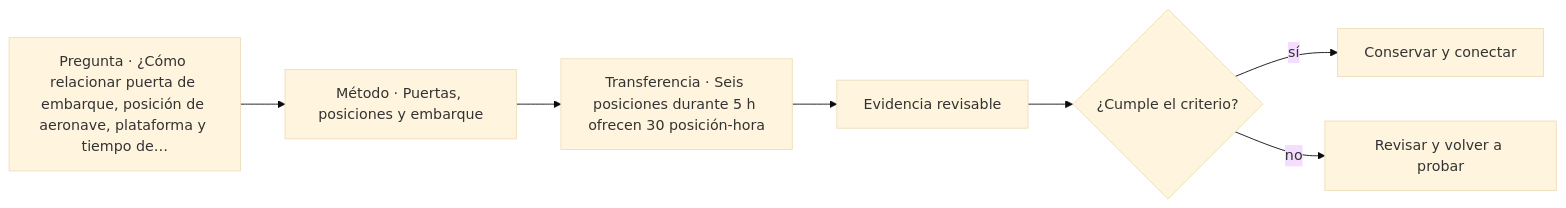
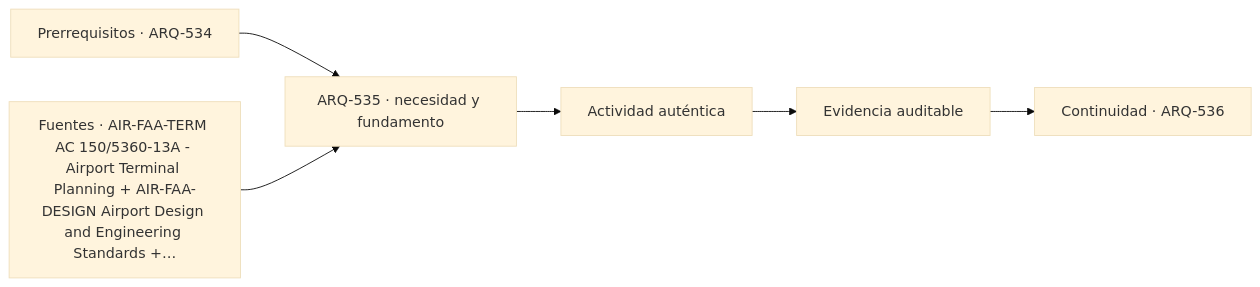
Before and after one commit to vladimiracunadev-create/architecture-built-environment-learning-program: the diagram in classes/parte-54/ARQ-535.md, drawn with Mermaid (base theme). The commit also changed other lines of this file and 761 other files, not shown here.

````diff
--- a/classes/parte-54/ARQ-535.md
+++ b/classes/parte-54/ARQ-535.md
@@ -91,9 +103,8 @@
 ```mermaid
 flowchart LR
-    Q["Pregunta · ¿Cómo relacionar puerta de embarque, posición de aeronave, plataforma y tiempo de…"] --> M["Método · Puertas, posiciones y embarque"]
-    M --> P["Transferencia · Seis posiciones durante 5 h ofrecen 30 posición-hora"]
-    P --> E["Evidencia revisable"]
-    E --> C{"¿Cumple el criterio?"}
-    C -->|sí| T["Conservar y conectar"]
-    C -->|no| R["Revisar y volver a probar"]
+    A["Prerrequisitos · ARQ-534"] --> B["ARQ-535 · necesidad y fundamento"]
+    S["Fuentes · AIR-FAA-TERM AC 150/5360-13A - Airport Terminal Planning + AIR-FAA-DESIGN Airport Design and Engineering Standards +…"] --> B
+    B --> C["Actividad auténtica"]
+    C --> D["Evidencia auditable"]
+    D --> E["Continuidad · ARQ-536"]
 ```
````
